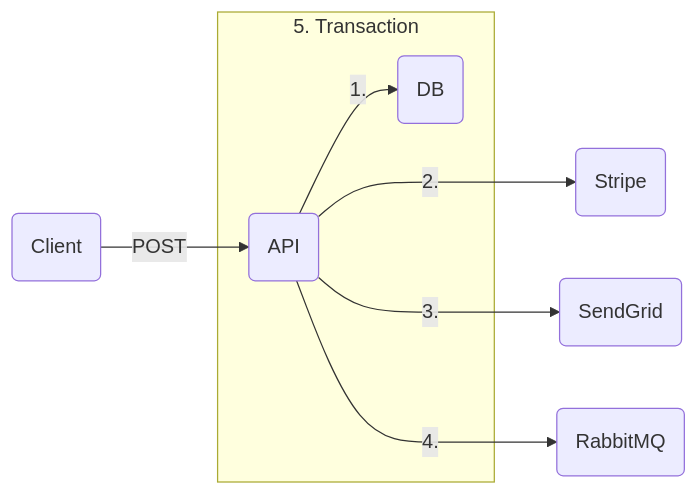
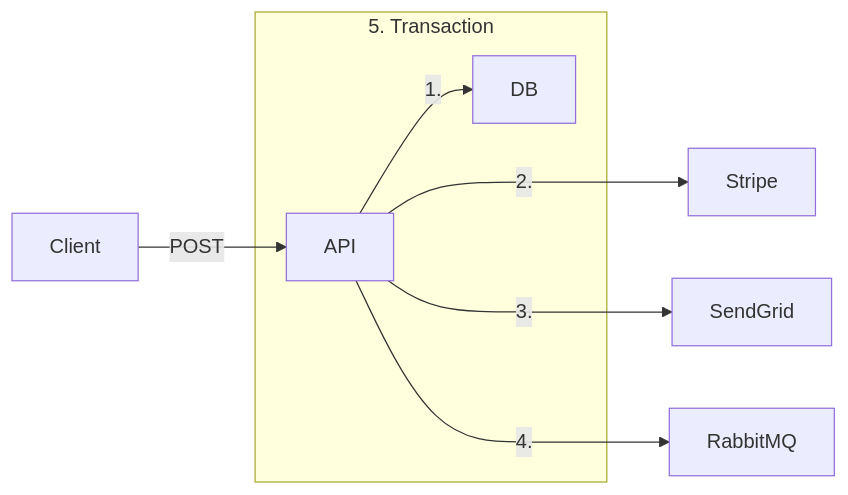
Before and after one commit to Bricktech2000/Notes: the second of 3 diagrams in notes/random.md, drawn with Mermaid. The commit also changed other lines of this file and 316 other files, not shown here.

````diff
--- a/notes/random.md
+++ b/notes/random.md
@@ -228,17 +230,10 @@
 ```mermaid
 graph LR
-  A(Client)
-  B(API)
-  C(DB)
-  D(Stripe)
-  E(SendGrid)
-  F(RabbitMQ)
-
-  A -- POST --> B
+  Client -- POST --> API
   subgraph 5. Transaction
-    B -- 1. --> C
+    API --1.--> DB
   end
-  B -- 2. ---> D
-  B -- 3. ---> E
-  B -- 4. ---> F
+  API --2.---> Stripe
+  API --3.---> SendGrid
+  API --4.---> RabbitMQ
 ```
````
